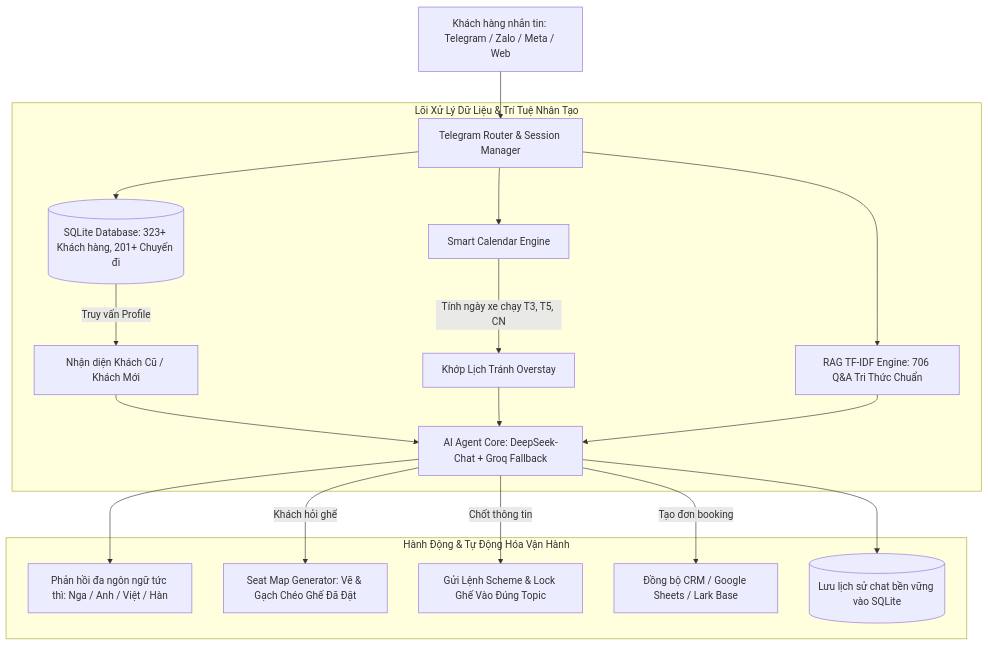
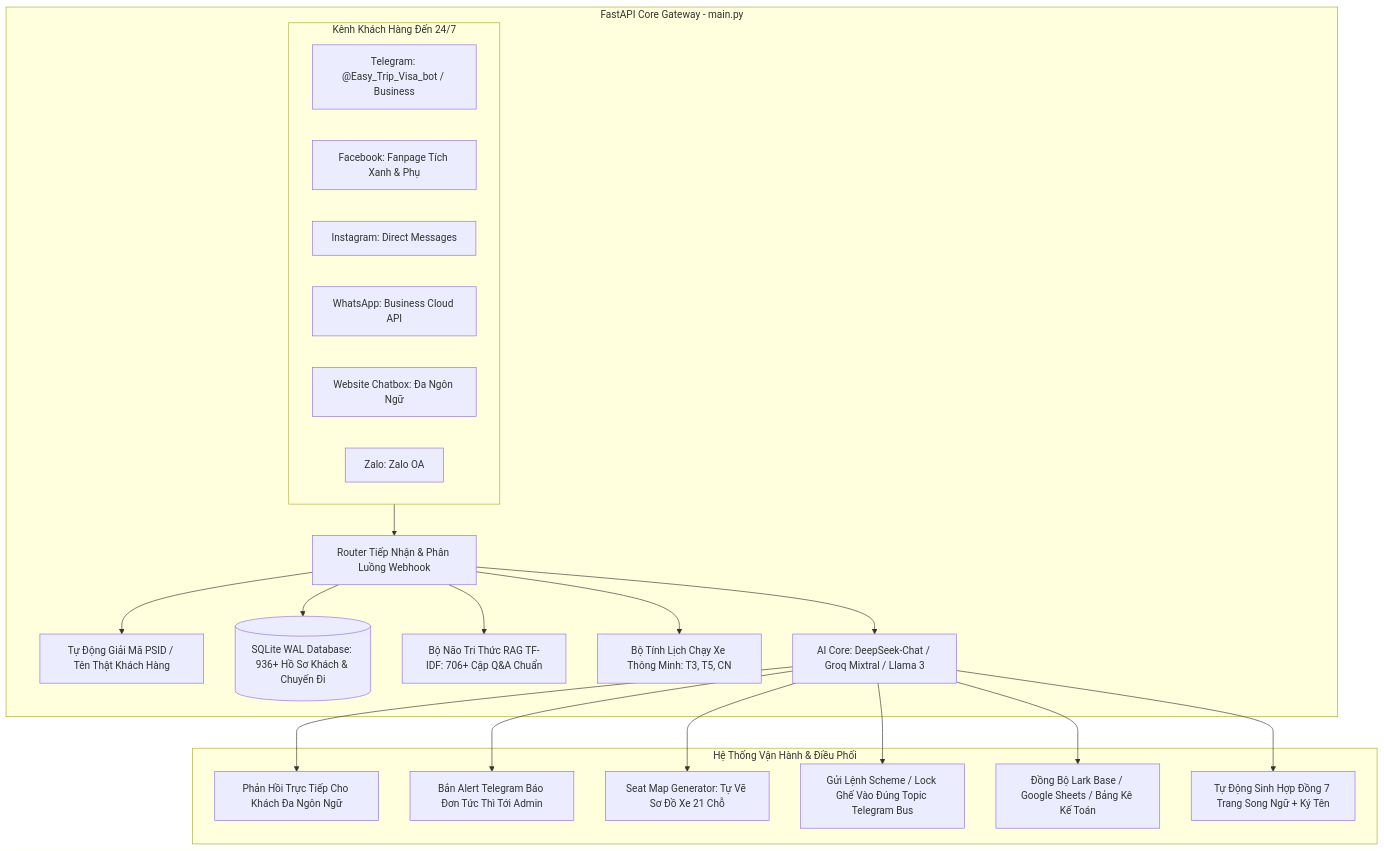
One commit to lyhoang280592-maker/chatbot-easytrip changed the first of 3 diagrams in docs/QUY_TRINH_HOAT_DONG_TOAN_DIEN_AI_CHATBOT.md. Above: the diagram before and after it, drawn with Mermaid. The commit also changed other lines of this file and 1 other file, not shown here.

Commit message:
docs: update full bot workflow to v4.0 and add pull_from_github.bat

````diff
--- a/docs/QUY_TRINH_HOAT_DONG_TOAN_DIEN_AI_CHATBOT.md
+++ b/docs/QUY_TRINH_HOAT_DONG_TOAN_DIEN_AI_CHATBOT.md
@@ -21,24 +27,29 @@
 ```mermaid
 flowchart TD
-    A[Khách hàng nhắn tin: Telegram / Zalo / Meta / Web] --> B[Telegram Router & Session Manager]
-    
-    subgraph BRAIN [Lõi Xử Lý Dữ Liệu & Trí Tuệ Nhân Tạo]
-        B --> C[(SQLite Database: 323+ Khách hàng, 201+ Chuyến đi)]
-        C -->|Truy vấn Profile| D[Nhận diện Khách Cũ / Khách Mới]
-        B --> E[Smart Calendar Engine]
-        E -->|Tính ngày xe chạy T3, T5, CN| F[Khớp Lịch Tránh Overstay]
-        B --> G[RAG TF-IDF Engine: 706 Q&A Tri Thức Chuẩn]
-        
-        D --> H[AI Agent Core: DeepSeek-Chat + Groq Fallback]
-        F --> H
-        G --> H
+    subgraph INCOMING [Kênh Khách Hàng Đến 24/7]
+        TG[Telegram: @Easy_Trip_Visa_bot / Business]
+        FB[Facebook: Fanpage Tích Xanh & Phụ]
+        IG[Instagram: Direct Messages]
+        WA[WhatsApp: Business Cloud API]
+        WEB[Website Chatbox: Đa Ngôn Ngữ]
+        ZL[Zalo: Zalo OA]
     end
-    
-    subgraph OUTPUT [Hành Động & Tự Động Hóa Vận Hành]
-        H --> I[Phản hồi đa ngôn ngữ tức thì: Nga / Anh / Việt / Hàn]
-        H -->|Khách hỏi ghế| J[Seat Map Generator: Vẽ & Gạch Chéo Ghế Đã Đặt]
-        H -->|Chốt thông tin| K[Gửi Lệnh Scheme & Lock Ghế Vào Đúng Topic]
-        H -->|Tạo đơn booking| L[Đồng bộ CRM / Google Sheets / Lark Base]
-        H --> M[(Lưu lịch sử chat bền vững vào SQLite)]
+
+    subgraph BACKEND [FastAPI Core Gateway - main.py]
+        INCOMING --> GW[Router Tiếp Nhận & Phân Luồng Webhook]
+        GW --> RES[Tự Động Giải Mã PSID / Tên Thật Khách Hàng]
+        GW --> MEM[(SQLite WAL Database: 936+ Hồ Sơ Khách & Chuyến Đi)]
+        GW --> RAG[Bộ Não Tri Thức RAG TF-IDF: 706+ Cặp Q&A Chuẩn]
+        GW --> CAL[Bộ Tính Lịch Chạy Xe Thông Minh: T3, T5, CN]
+        GW --> LLM[AI Core: DeepSeek-Chat / Groq Mixtral / Llama 3]
+    end
+
+    subgraph OPERATION [Hệ Thống Vận Hành & Điều Phối]
+        LLM --> OUT_CUST[Phản Hồi Trực Tiếp Cho Khách Đa Ngôn Ngữ]
+        LLM --> NOTIF[Bắn Alert Telegram Báo Đơn Tức Thì Tới Admin]
+        LLM --> SEAT[Seat Map Generator: Tự Vẽ Sơ Đồ Xe 21 Chỗ]
+        LLM --> BUS_GRP[Gửi Lệnh Scheme / Lock Ghế Vào Đúng Topic Telegram Bus]
+        LLM --> CRM_SYNC[Đồng Bộ Lark Base / Google Sheets / Bảng Kê Kế Toán]
+        LLM --> CONTR[Tự Động Sinh Hợp Đồng 7 Trang Song Ngữ + Ký Tên]
     end
 ```
````
